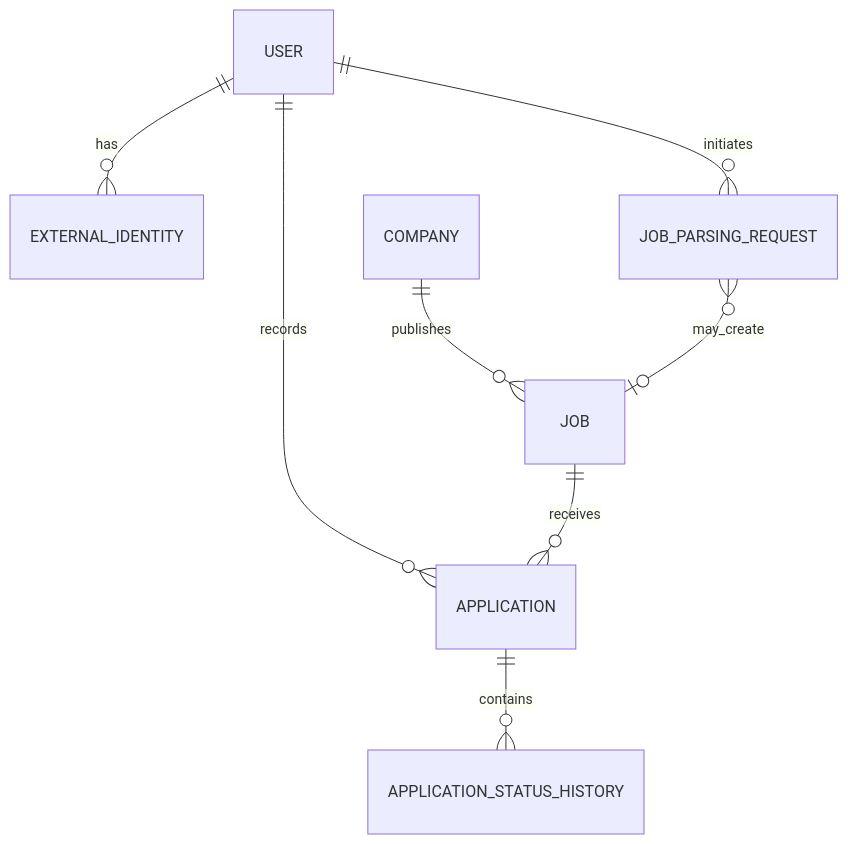
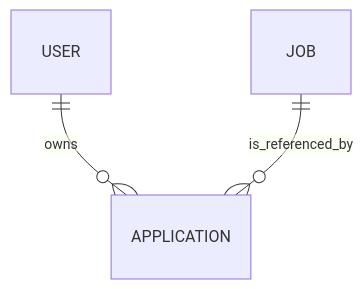
The diagram in architecture/data-model.md (peter383666/offerbuddy-engineering), drawn with Mermaid before and after one commit. The commit also changed other lines of this file and 1 other file, not shown here.

````diff
--- a/architecture/data-model.md
+++ b/architecture/data-model.md
@@ -53,14 +24,5 @@
 ```mermaid
 erDiagram
-    USER ||--o{ EXTERNAL_IDENTITY : has
-    USER ||--o{ APPLICATION : records
-    USER ||--o{ JOB_PARSING_REQUEST : initiates
-
-    COMPANY ||--o{ JOB : publishes
-
-    JOB ||--o{ APPLICATION : receives
-
-    APPLICATION ||--o{ APPLICATION_STATUS_HISTORY : contains
-
-    JOB_PARSING_REQUEST }o--o| JOB : may_create
+    USER ||--o{ APPLICATION : owns
+    JOB ||--o{ APPLICATION : is_referenced_by
 ```
````
